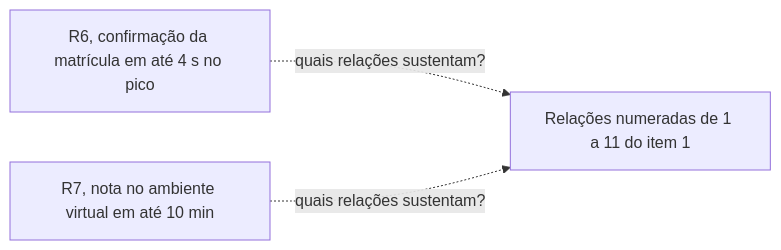
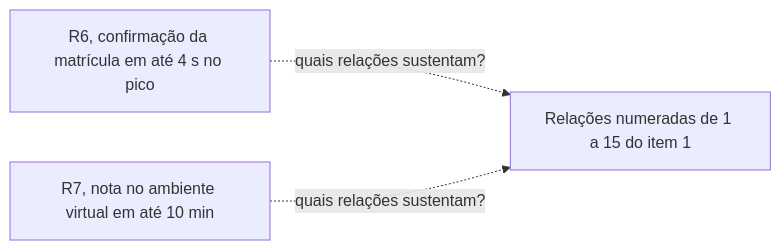
Before and after one commit to aulas-marco/projeto-arquitetura-software: the first of 2 diagrams in docs/modulo-4-dominios-da-solucao/bloco-4-arquitetura-de-infraestrutura.md, drawn with Mermaid. The commit also changed other lines of this file and 22 other files, not shown here.

````diff
--- a/docs/modulo-4-dominios-da-solucao/bloco-4-arquitetura-de-infraestrutura.md
+++ b/docs/modulo-4-dominios-da-solucao/bloco-4-arquitetura-de-infraestrutura.md
@@ -176,8 +141,8 @@
 ```mermaid
 graph LR
     R6["R6, confirmação da matrícula em até 4 s no pico"]
     R7["R7, nota no ambiente virtual em até 10 min"]
-    REL["Relações numeradas de 1 a 11 do item 1"]
+    REL["Relações numeradas de 1 a 15 do item 1"]
     R6 -.->|"quais relações sustentam?"| REL
     R7 -.->|"quais relações sustentam?"| REL
 ```
````
